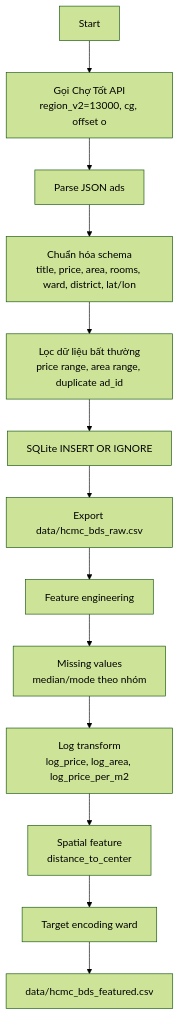
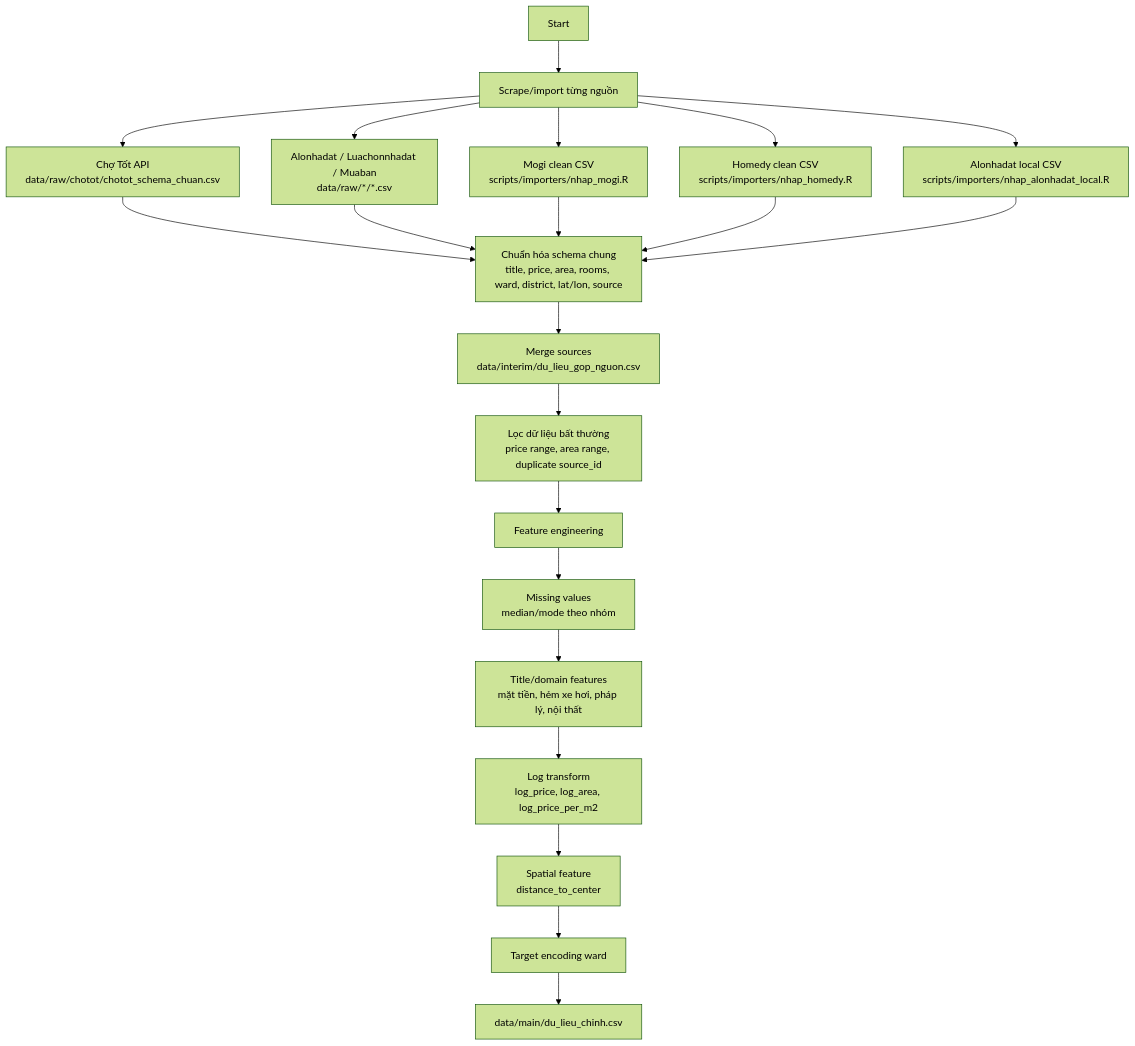
One commit to nguyenkhang310/phantichnhadathcm changed the diagram in docs/diagrams/data_pipeline.mmd. Above: the diagram before and after it, drawn with Mermaid (forest theme). The commit also changed 82 other files, not shown here.

```diff
--- a/docs/diagrams/data_pipeline.mmd
+++ b/docs/diagrams/data_pipeline.mmd
@@ -1,13 +1,21 @@
 flowchart TD
-  A["Start"] --> B["Gọi Chợ Tốt API<br/>region_v2=13000, cg, offset o"]
-  B --> C["Parse JSON ads"]
-  C --> D["Chuẩn hóa schema<br/>title, price, area, rooms, ward, district, lat/lon"]
-  D --> E["Lọc dữ liệu bất thường<br/>price range, area range, duplicate ad_id"]
-  E --> F["SQLite INSERT OR IGNORE"]
-  F --> G["Export data/hcmc_bds_raw.csv"]
-  G --> H["Feature engineering"]
-  H --> I["Missing values<br/>median/mode theo nhóm"]
+  A["Start"] --> B["Scrape/import từng nguồn"]
+  B --> C1["Chợ Tốt API<br/>data/raw/chotot/chotot_schema_chuan.csv"]
+  B --> C2["Alonhadat / Luachonnhadat / Muaban<br/>data/raw/*/*.csv"]
+  B --> C3["Mogi clean CSV<br/>scripts/importers/nhap_mogi.R"]
+  B --> C4["Homedy clean CSV<br/>scripts/importers/nhap_homedy.R"]
+  B --> C5["Alonhadat local CSV<br/>scripts/importers/nhap_alonhadat_local.R"]
+  C1 --> D["Chuẩn hóa schema chung<br/>title, price, area, rooms, ward, district, lat/lon, source"]
+  C2 --> D
+  C3 --> D
+  C4 --> D
+  C5 --> D
+  D --> E["Merge sources<br/>data/interim/du_lieu_gop_nguon.csv"]
+  E --> F["Lọc dữ liệu bất thường<br/>price range, area range, duplicate source_id"]
+  F --> G["Feature engineering"]
+  G --> H["Missing values<br/>median/mode theo nhóm"]
+  H --> I["Title/domain features<br/>mặt tiền, hẻm xe hơi, pháp lý, nội thất"]
   I --> J["Log transform<br/>log_price, log_area, log_price_per_m2"]
   J --> K["Spatial feature<br/>distance_to_center"]
   K --> L["Target encoding ward"]
-  L --> M["data/hcmc_bds_featured.csv"]
+  L --> M["data/main/du_lieu_chinh.csv"]
```
